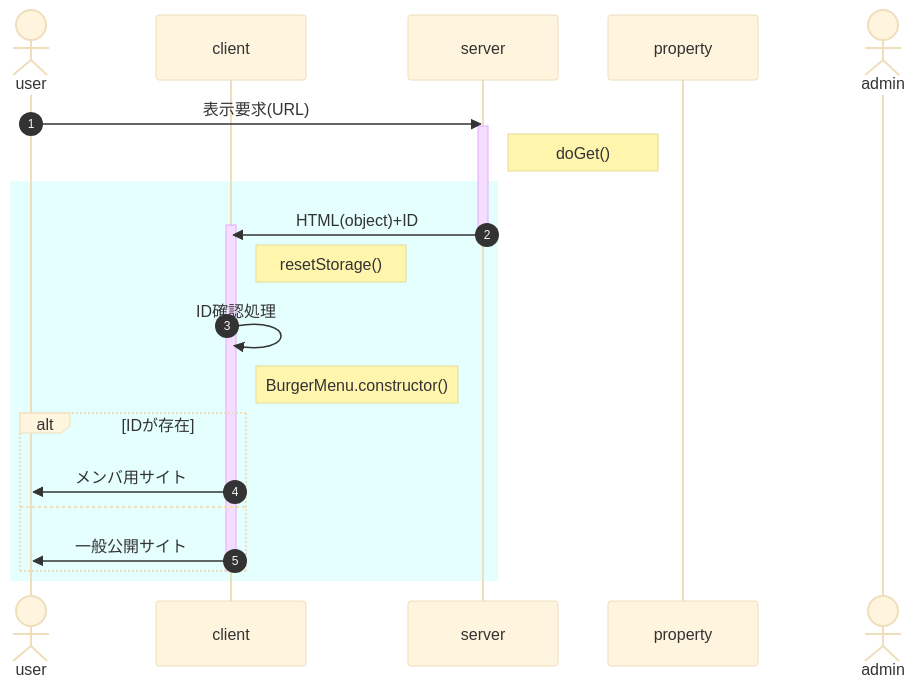
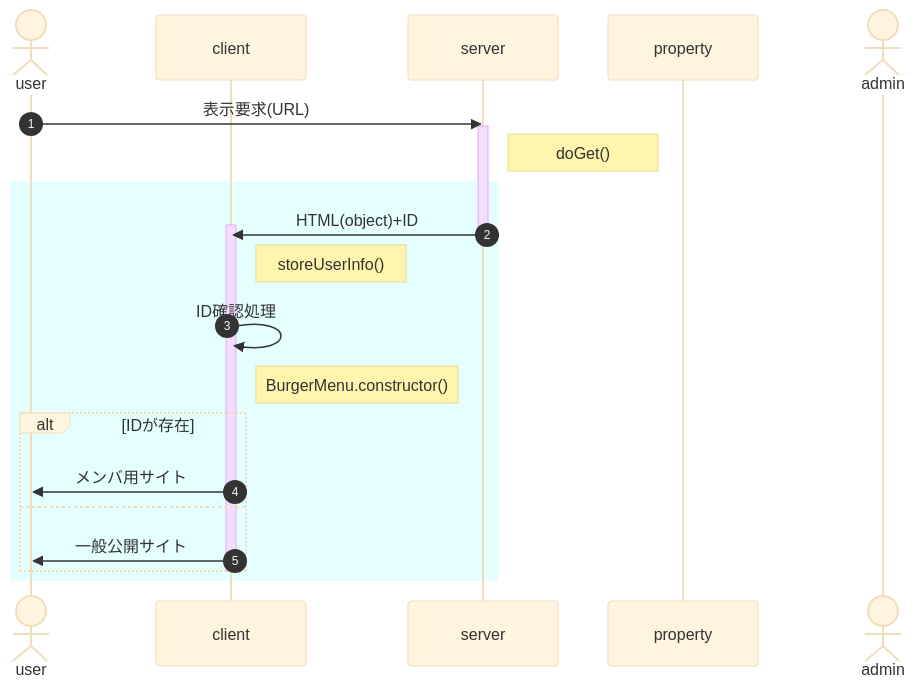
The diagram in Auth/2.0.0/doc/onload.md (nakaone/library), drawn with Mermaid (base theme) before and after one commit. The commit also changed 8 other files, not shown here.

Commit message:
storeUserInfoをライブラリとして独立

````diff
--- a/Auth/2.0.0/doc/onload.md
+++ b/Auth/2.0.0/doc/onload.md
@@ -3,27 +3,27 @@
 ```mermaid
 sequenceDiagram
   autonumber
   actor user
   participant client
   participant server
   participant property
   actor admin
 
   user ->> server : 表示要求(URL)
   activate server
   Note right of server : doGet()
   rect rgba(0, 255, 255, 0.1)
     server ->> client : HTML(object)+ID
     activate client
     deactivate server
-    Note right of client : resetStorage()
+    Note right of client : storeUserInfo()
     client ->> client : ID確認処理
     Note right of client : BurgerMenu.constructor()
     alt IDが存在
       client ->> user : メンバ用サイト
     else
       client ->> user : 一般公開サイト
     end
     deactivate client
   end
 ```
````
